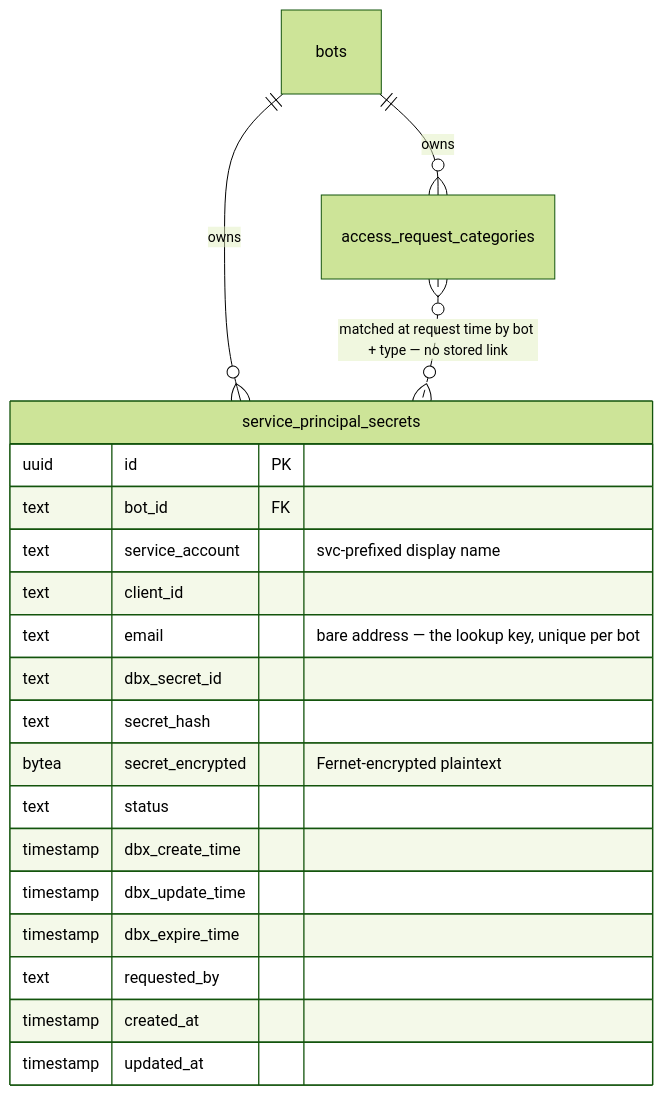
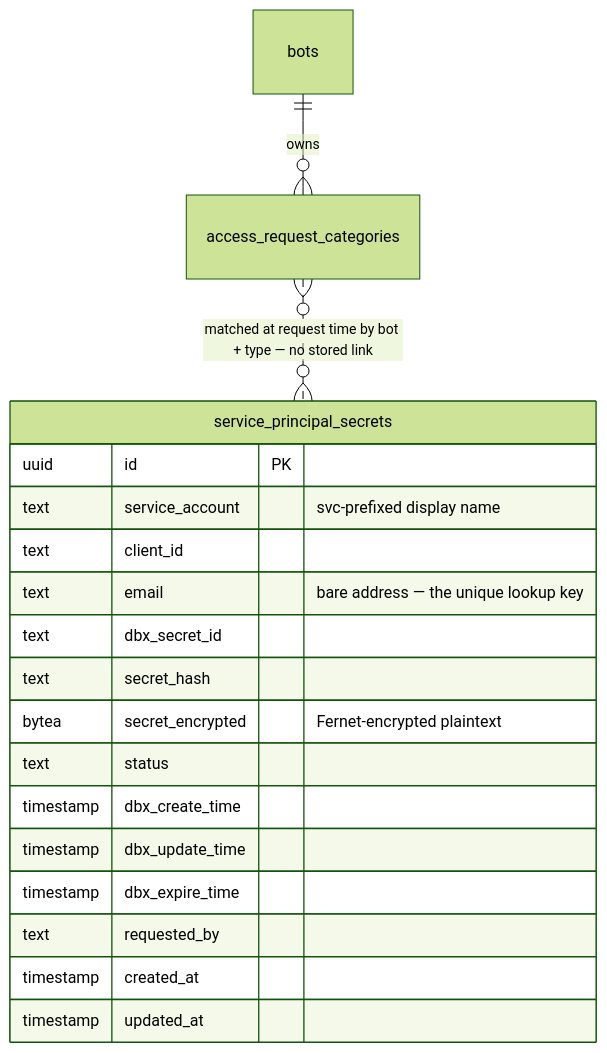
The second of 2 diagrams in docs/service_principal_secrets.md (HungNguyen501/agentic-slack-bot), drawn with Mermaid (forest theme) before and after one commit. The commit also changed other lines of this file and 7 other files, not shown here.

````diff
--- a/docs/service_principal_secrets.md
+++ b/docs/service_principal_secrets.md
@@ -99,24 +101,22 @@
 ```mermaid
 erDiagram
     bots ||--o{ access_request_categories : "owns"
-    bots ||--o{ service_principal_secrets : "owns"
     access_request_categories }o..o{ service_principal_secrets : "matched at request time by bot + type — no stored link"
 
     service_principal_secrets {
         uuid id PK
-        text bot_id FK
         text service_account "svc-prefixed display name"
         text client_id
-        text email "bare address — the lookup key, unique per bot"
+        text email "bare address — the unique lookup key"
         text dbx_secret_id
         text secret_hash
         bytea secret_encrypted "Fernet-encrypted plaintext"
         text status
         timestamp dbx_create_time
         timestamp dbx_update_time
         timestamp dbx_expire_time
         text requested_by
         timestamp created_at
         timestamp updated_at
     }
 ```
````
